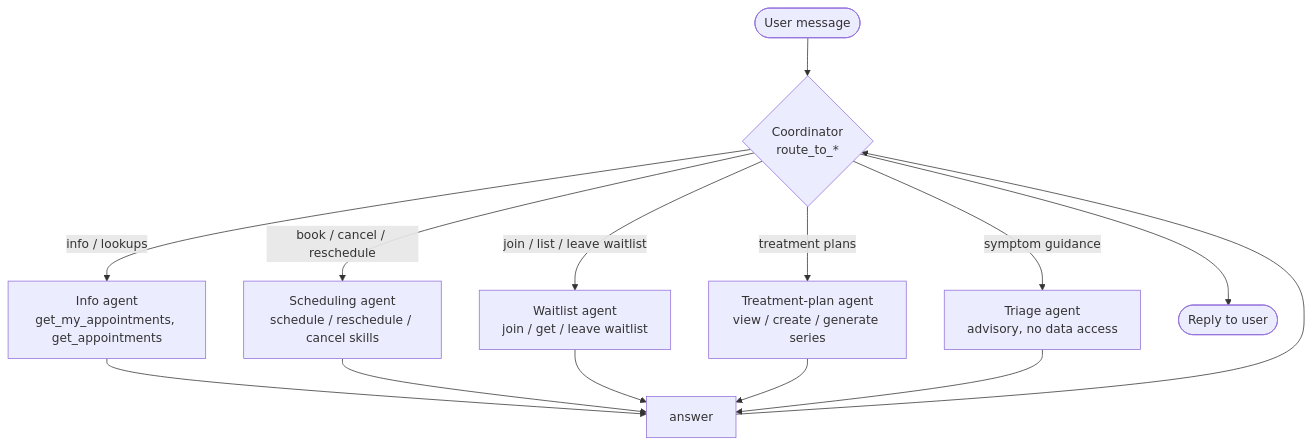
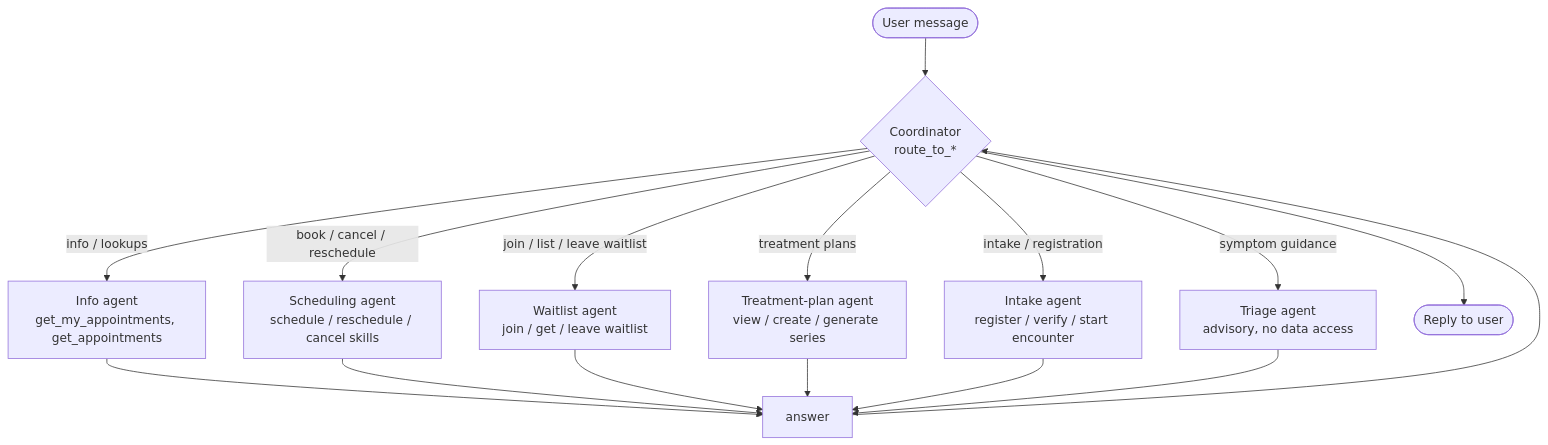
The first of 2 diagrams in README.md (Bradly187/clinic-scheduler), drawn with Mermaid before and after one commit. The commit also changed other lines of this file and 2 other files, not shown here.

First line of the commit message:
docs: refresh README + architecture for current product + skill/pack model

````diff
--- a/README.md
+++ b/README.md
@@ -59,16 +47,18 @@
 ```mermaid
 flowchart TD
     U([User message]) --> C{Coordinator<br/>route_to_*}
     C -->|info / lookups| Info[Info agent<br/>get_my_appointments, get_appointments]
     C -->|book / cancel / reschedule| Sched[Scheduling agent<br/>schedule / reschedule / cancel skills]
     C -->|join / list / leave waitlist| Wait[Waitlist agent<br/>join / get / leave waitlist]
     C -->|treatment plans| Plan[Treatment-plan agent<br/>view / create / generate series]
+    C -->|intake / registration| Intake[Intake agent<br/>register / verify / start encounter]
     C -->|symptom guidance| Triage[Triage agent<br/>advisory, no data access]
     Info --> R[answer]
     Sched --> R
     Wait --> R
     Plan --> R
+    Intake --> R
     Triage --> R
     R --> C
     C --> Out([Reply to user])
 ```
````
